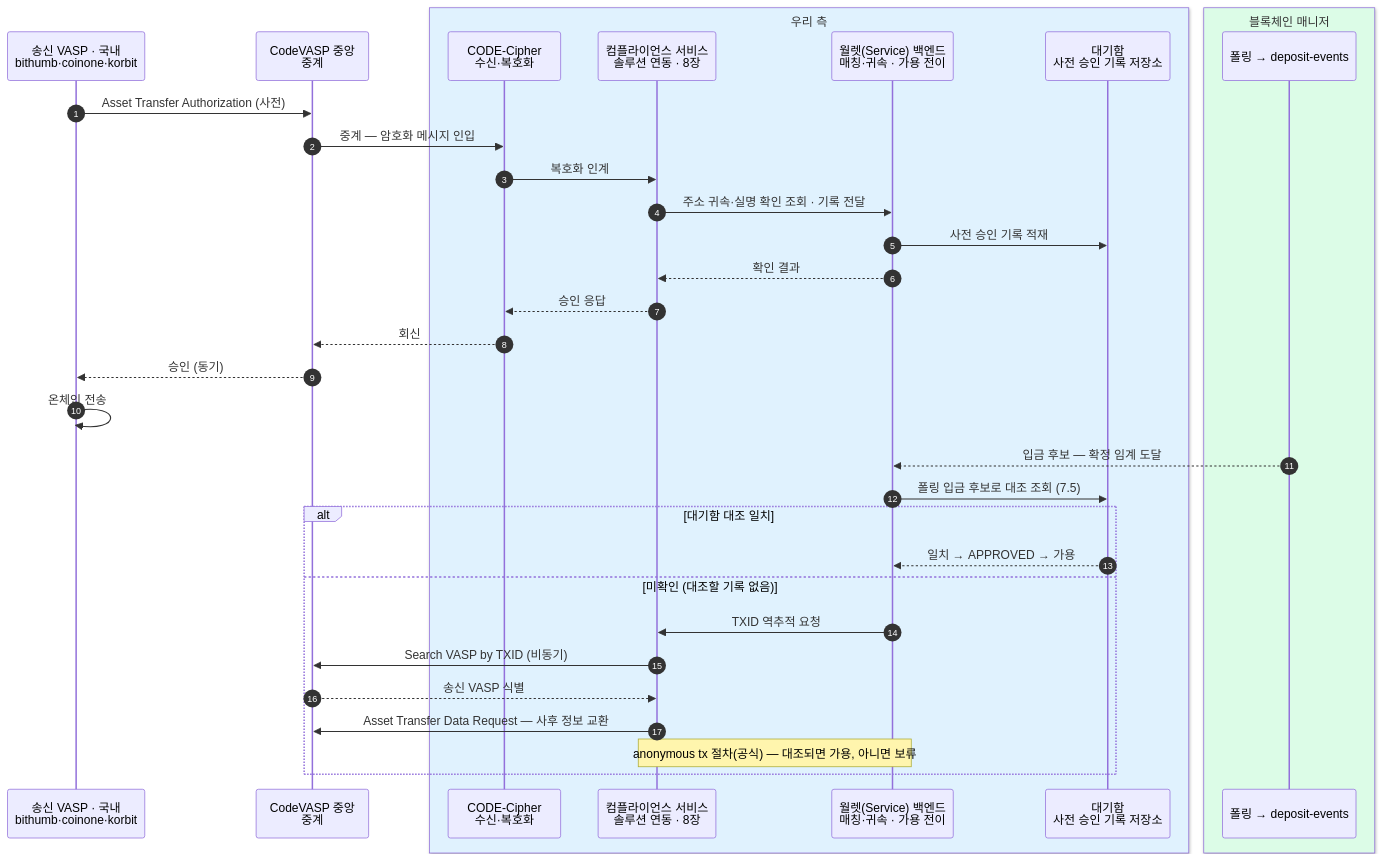
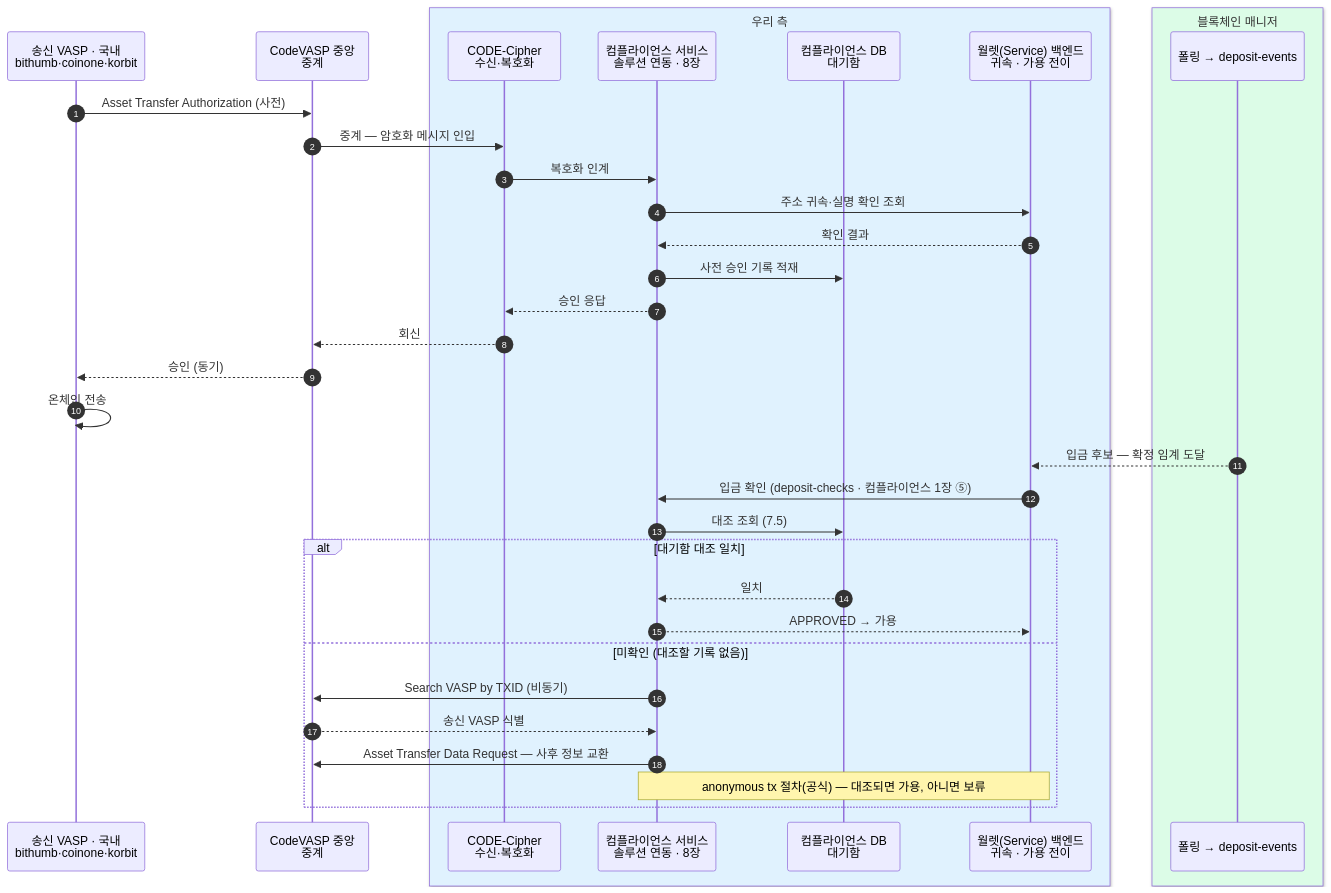
One commit to eunsujeo/eunpus changed diagram 11 of 11 in blockchain-manager/docs/트래블룰/설계/07-scenarios.md. Above: the diagram before and after it, drawn with Mermaid. The commit also changed other lines of this file and 10 other files, not shown here.

````diff
--- a/blockchain-manager/docs/트래블룰/설계/07-scenarios.md
+++ b/blockchain-manager/docs/트래블룰/설계/07-scenarios.md
@@ -463,37 +464,38 @@
 ```mermaid
 sequenceDiagram
     autonumber
     participant SV as 송신 VASP · 국내<br/>bithumb·coinone·korbit
     participant CV as CodeVASP 중앙<br/>중계
     box rgb(224,242,254) 우리 측
     participant CC as CODE-Cipher<br/>수신·복호화
     participant TR as 컴플라이언스 서비스<br/>솔루션 연동 · 8장
-    participant BE as 월렛(Service) 백엔드<br/>매칭·귀속 · 가용 전이
-    participant WQ as 대기함<br/>사전 승인 기록 저장소
+    participant WQ as 컴플라이언스 DB<br/>대기함
+    participant BE as 월렛(Service) 백엔드<br/>귀속 · 가용 전이
     end
     box rgb(220,252,231) 블록체인 매니저
     participant BM as 폴링 → deposit-events
     end
 
     SV->>CV: Asset Transfer Authorization (사전)
     CV->>CC: 중계 — 암호화 메시지 인입
     CC->>TR: 복호화 인계
-    TR->>BE: 주소 귀속·실명 확인 조회 · 기록 전달
-    BE->>WQ: 사전 승인 기록 적재
+    TR->>BE: 주소 귀속·실명 확인 조회
     BE-->>TR: 확인 결과
+    TR->>WQ: 사전 승인 기록 적재
     TR-->>CC: 승인 응답
     CC-->>CV: 회신
     CV-->>SV: 승인 (동기)
     SV->>SV: 온체인 전송
     BM-->>BE: 입금 후보 — 확정 임계 도달
-    BE->>WQ: 폴링 입금 후보로 대조 조회 (7.5)
+    BE->>TR: 입금 확인 (deposit-checks · 컴플라이언스 1장 ⑤)
+    TR->>WQ: 대조 조회 (7.5)
     alt 대기함 대조 일치
-        WQ-->>BE: 일치 → APPROVED → 가용
+        WQ-->>TR: 일치
+        TR-->>BE: APPROVED → 가용
     else 미확인 (대조할 기록 없음)
-        BE->>TR: TXID 역추적 요청
         TR->>CV: Search VASP by TXID (비동기)
         CV-->>TR: 송신 VASP 식별
         TR->>CV: Asset Transfer Data Request — 사후 정보 교환
         Note over TR,BE: anonymous tx 절차(공식) — 대조되면 가용, 아니면 보류
     end
 ```
````
